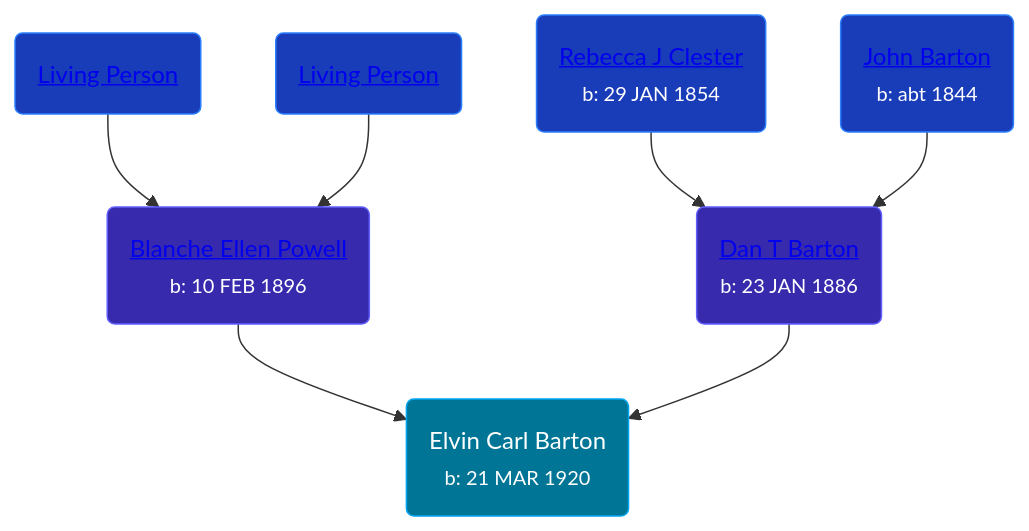
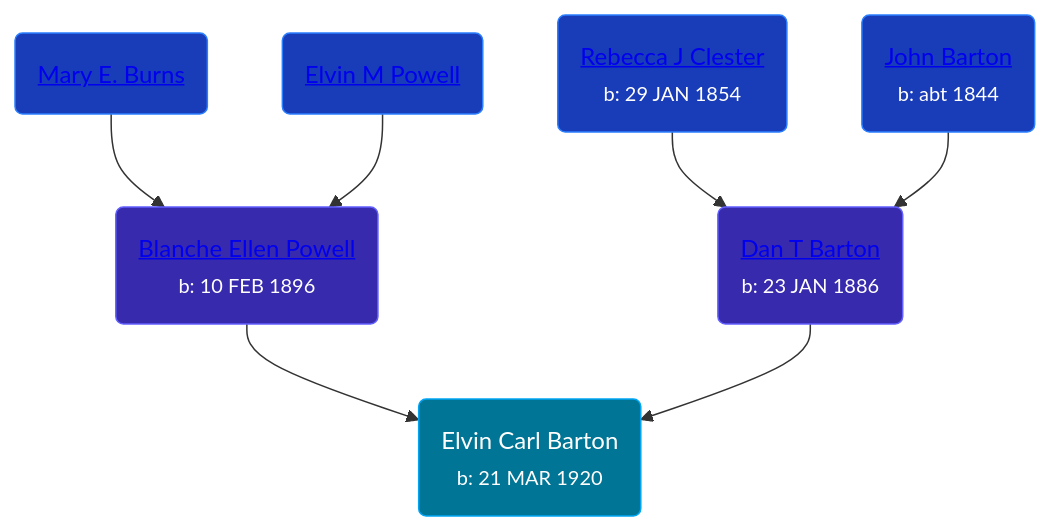
The diagram in pages/people/6/61879288.md (wpmgotkh/wpmgotkh.github.io), drawn with Mermaid before and after one commit. The commit also changed 586 other files, not shown here.

Commit message:
feat: better shouldConsiderPersonLiving algo

````diff
--- a/pages/people/6/61879288.md
+++ b/pages/people/6/61879288.md
@@ -11,13 +11,13 @@
 ```mermaid
 graph
 classDef grands fill:#193cb8,stroke:#2b7fff,stroke-width:1px,color:#fff;
 classDef parents fill:#372aac,stroke:#615fff,stroke-width:1px,color:#fff;
 classDef primary fill:#007595,stroke:#00a6f4,stroke-width:1px,color:#fff;
 61879288(Elvin Carl Barton<br /><small>b: 21 MAR 1920</small>):::primary
 88023024(<a class="text-white" href="/people/8/88023024">Blanche Ellen Powell</a><br /><small>b: 10 FEB 1896</small>):::parents-->61879288
-91954272(<a class="text-white" href="/people/9/91954272">Living Person</a>):::grands-->88023024
-97584214(<a class="text-white" href="/people/9/97584214">Living Person</a>):::grands-->88023024
+91954272(<a class="text-white" href="/people/9/91954272">Mary E. Burns</a>):::grands-->88023024
+97584214(<a class="text-white" href="/people/9/97584214">Elvin M Powell</a>):::grands-->88023024
 95106328(<a class="text-white" href="/people/9/95106328">Dan T Barton</a><br /><small>b: 23 JAN 1886</small>):::parents-->61879288
 81769008(<a class="text-white" href="/people/8/81769008">Rebecca J Clester</a><br /><small>b: 29 JAN 1854</small>):::grands-->95106328
 56328061(<a class="text-white" href="/people/5/56328061">John Barton</a><br /><small>b: abt 1844</small>):::grands-->95106328
 ```
````
